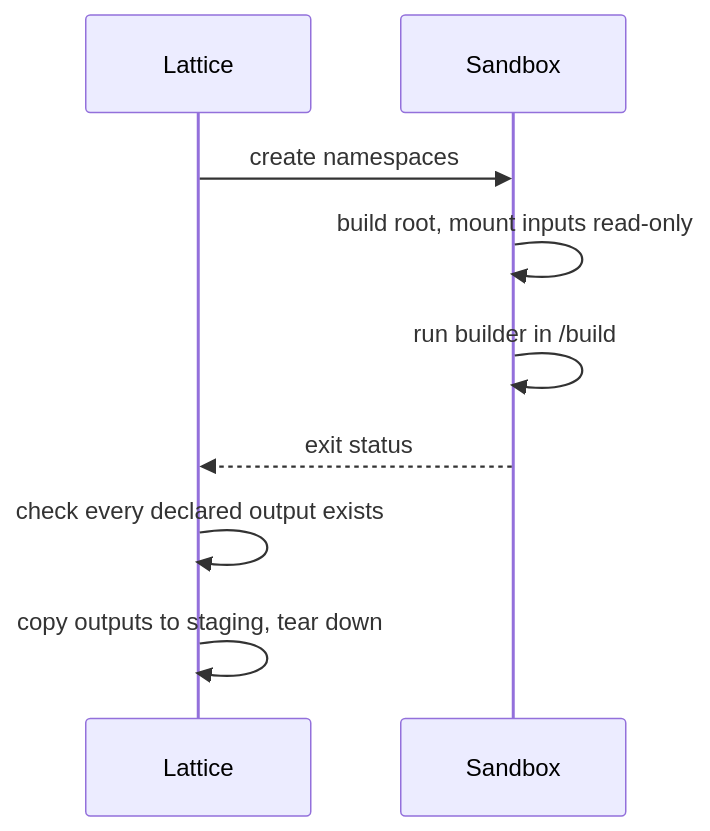
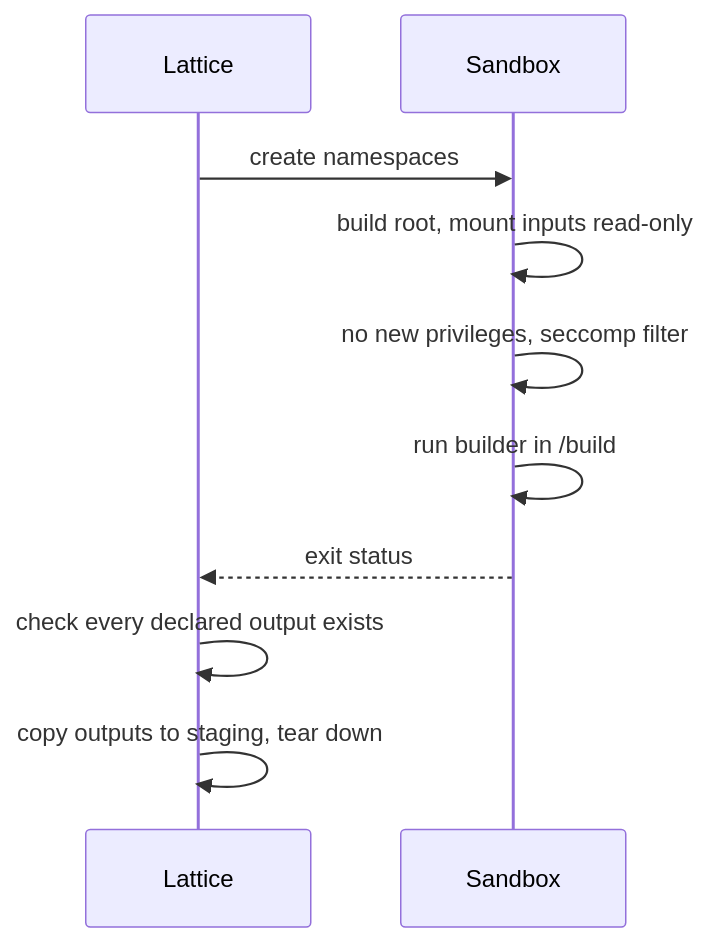
One commit to PacketFive/PyrixOS changed the diagram in docs/components/sandbox.md. Above: the diagram before and after it, drawn with Mermaid. The commit also changed other lines of this file and 5 other files, not shown here.

````diff
--- a/docs/components/sandbox.md
+++ b/docs/components/sandbox.md
@@ -33,20 +36,21 @@
 ```mermaid
 ---
 config:
   themeVariables:
     fontSize: 16px
   flowchart:
     useMaxWidth: false
   sequence:
     useMaxWidth: false
 ---
 sequenceDiagram
     participant L as Lattice
     participant S as Sandbox
     L->>S: create namespaces
     S->>S: build root, mount inputs read-only
+    S->>S: no new privileges, seccomp filter
     S->>S: run builder in /build
     S-->>L: exit status
     L->>L: check every declared output exists
     L->>L: copy outputs to staging, tear down
 ```
````
